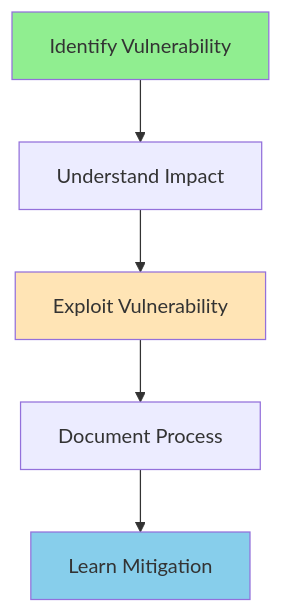
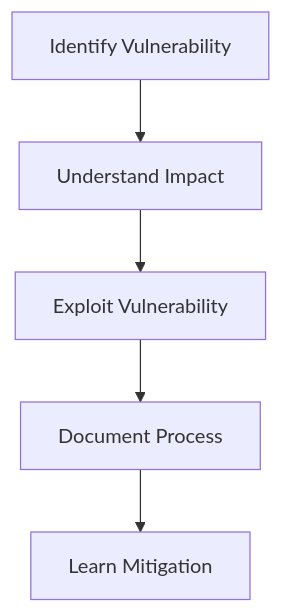
The second of 4 diagrams in docs/projects/juice-shop-meister.md (4gh0rn/dev-blog), drawn with Mermaid before and after one commit. The commit also changed other lines of this file and 17 other files, not shown here.

````diff
--- a/docs/projects/juice-shop-meister.md
+++ b/docs/projects/juice-shop-meister.md
@@ -70,11 +67,7 @@
 ```mermaid
 graph TB
     A[Identify Vulnerability] --> B[Understand Impact]
     B --> C[Exploit Vulnerability]
     C --> D[Document Process]
     D --> E[Learn Mitigation]
-    
-    style A fill:#90EE90
-    style C fill:#FFE4B5
-    style E fill:#87CEEB
 ```
````
